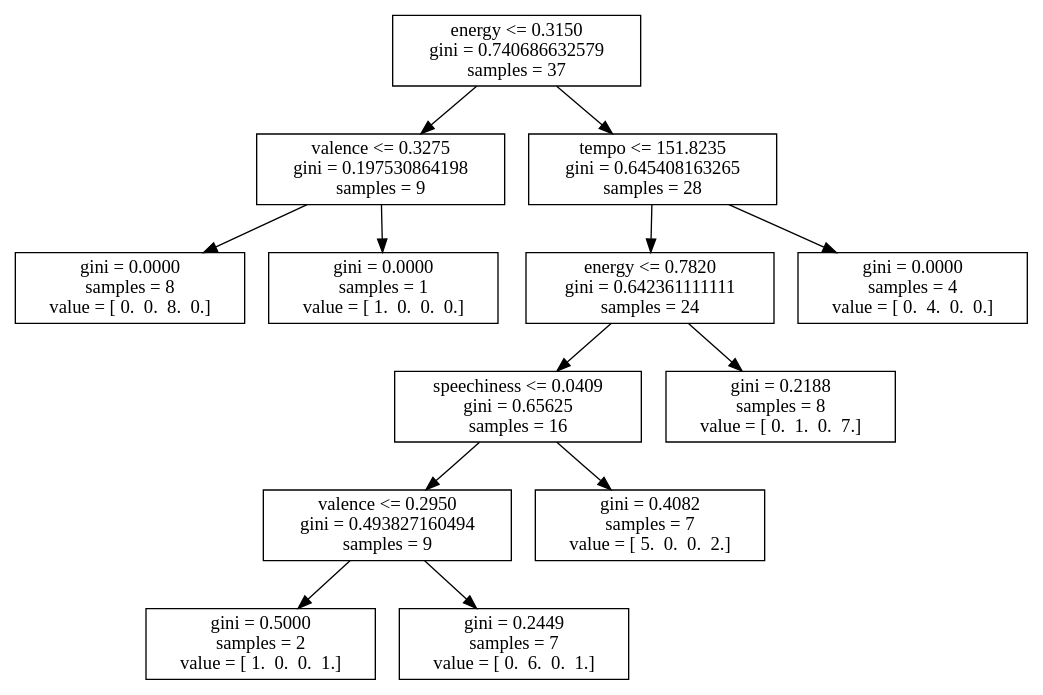
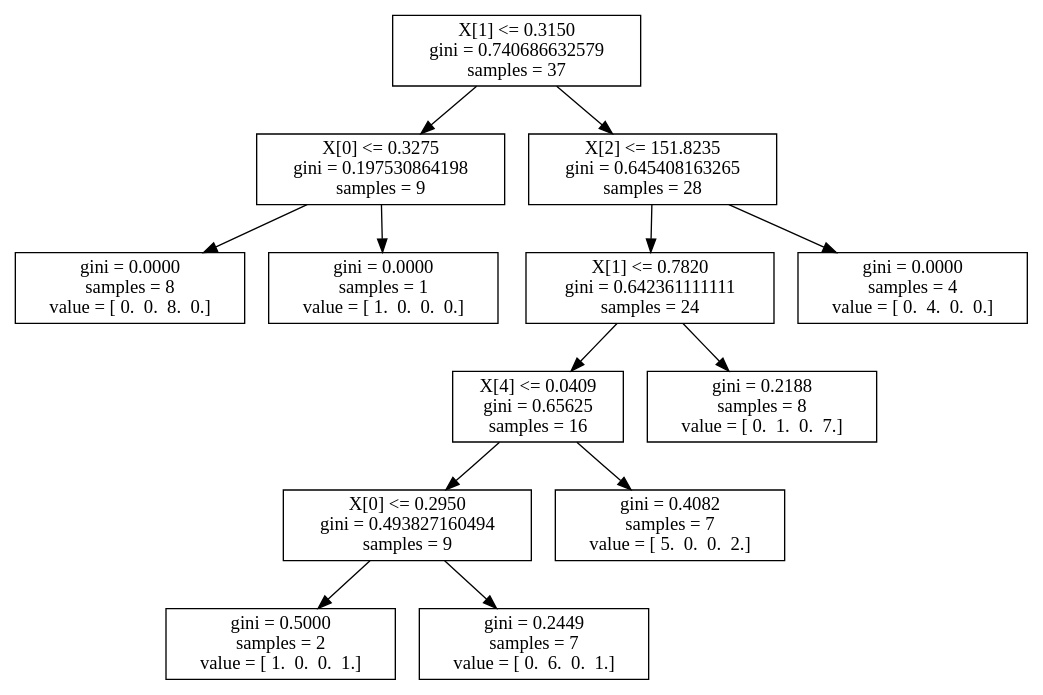
One commit to StanChernavsky/Moodify changed the diagram in tree.dot. Above: the diagram before and after it, drawn with Graphviz. The commit also changed 2 other files, not shown here.

```diff
--- a/tree.dot
+++ b/tree.dot
@@ -1,27 +1,27 @@
 digraph Tree {
-0 [label="energy <= 0.3150\ngini = 0.740686632579\nsamples = 37", shape="box"] ;
-1 [label="valence <= 0.3275\ngini = 0.197530864198\nsamples = 9", shape="box"] ;
+0 [label="X[1] <= 0.3150\ngini = 0.740686632579\nsamples = 37", shape="box"] ;
+1 [label="X[0] <= 0.3275\ngini = 0.197530864198\nsamples = 9", shape="box"] ;
 0 -> 1 ;
 2 [label="gini = 0.0000\nsamples = 8\nvalue = [ 0.  0.  8.  0.]", shape="box"] ;
 1 -> 2 ;
 3 [label="gini = 0.0000\nsamples = 1\nvalue = [ 1.  0.  0.  0.]", shape="box"] ;
 1 -> 3 ;
-4 [label="tempo <= 151.8235\ngini = 0.645408163265\nsamples = 28", shape="box"] ;
+4 [label="X[2] <= 151.8235\ngini = 0.645408163265\nsamples = 28", shape="box"] ;
 0 -> 4 ;
-5 [label="energy <= 0.7820\ngini = 0.642361111111\nsamples = 24", shape="box"] ;
+5 [label="X[1] <= 0.7820\ngini = 0.642361111111\nsamples = 24", shape="box"] ;
 4 -> 5 ;
-6 [label="speechiness <= 0.0409\ngini = 0.65625\nsamples = 16", shape="box"] ;
+6 [label="X[4] <= 0.0409\ngini = 0.65625\nsamples = 16", shape="box"] ;
 5 -> 6 ;
-7 [label="valence <= 0.2950\ngini = 0.493827160494\nsamples = 9", shape="box"] ;
+7 [label="X[0] <= 0.2950\ngini = 0.493827160494\nsamples = 9", shape="box"] ;
 6 -> 7 ;
 8 [label="gini = 0.5000\nsamples = 2\nvalue = [ 1.  0.  0.  1.]", shape="box"] ;
 7 -> 8 ;
 9 [label="gini = 0.2449\nsamples = 7\nvalue = [ 0.  6.  0.  1.]", shape="box"] ;
 7 -> 9 ;
 10 [label="gini = 0.4082\nsamples = 7\nvalue = [ 5.  0.  0.  2.]", shape="box"] ;
 6 -> 10 ;
 11 [label="gini = 0.2188\nsamples = 8\nvalue = [ 0.  1.  0.  7.]", shape="box"] ;
 5 -> 11 ;
 12 [label="gini = 0.0000\nsamples = 4\nvalue = [ 0.  4.  0.  0.]", shape="box"] ;
 4 -> 12 ;
 }
```
